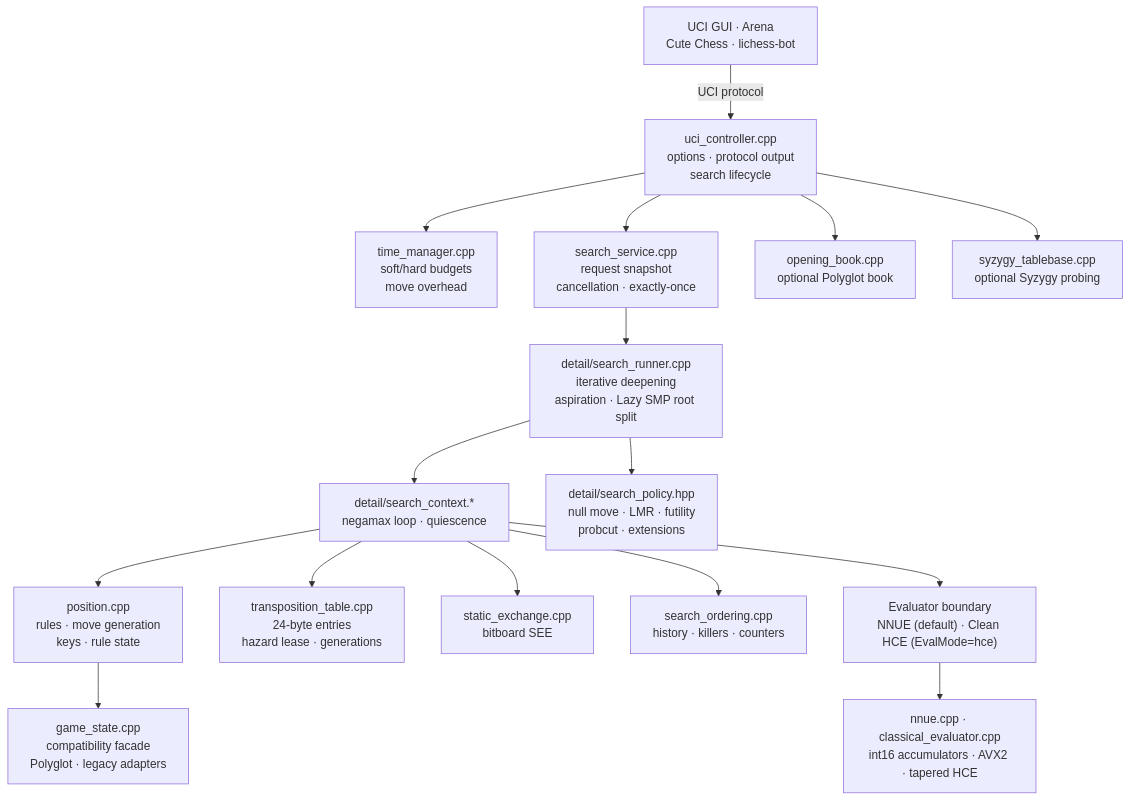
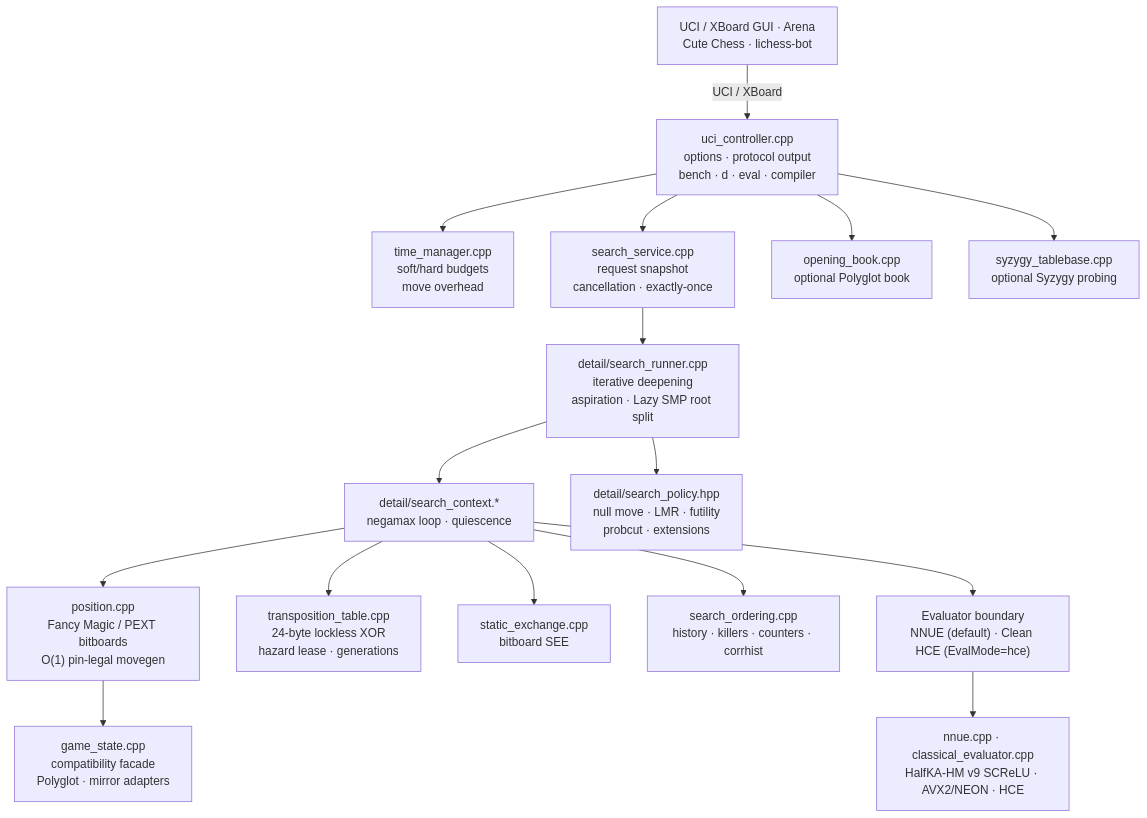
The diagram in docs/ARCHITECTURE.md (nhatquang1701/Koi), drawn with Mermaid before and after one commit. The commit also changed other lines of this file and 12 other files, not shown here.

Commit message:
docs: modernize README, Material site, Mermaid assets, and v9 specs

````diff
--- a/docs/ARCHITECTURE.md
+++ b/docs/ARCHITECTURE.md
@@ -7,19 +7,19 @@
 ```mermaid
 flowchart TD
-    GUI["UCI GUI · Arena<br/>Cute Chess · lichess-bot"] -- "UCI protocol" --> UCI
-    UCI["uci_controller.cpp<br/>options · protocol output<br/>search lifecycle"]
+    GUI["UCI / XBoard GUI · Arena<br/>Cute Chess · lichess-bot"] -- "UCI / XBoard" --> UCI
+    UCI["uci_controller.cpp<br/>options · protocol output<br/>bench · d · eval · compiler"]
     UCI --> TIME["time_manager.cpp<br/>soft/hard budgets<br/>move overhead"]
     UCI --> SERVICE["search_service.cpp<br/>request snapshot<br/>cancellation · exactly-once"]
     SERVICE --> RUNNER["detail/search_runner.cpp<br/>iterative deepening<br/>aspiration · Lazy SMP root split"]
     RUNNER --> CONTEXT["detail/search_context.*<br/>negamax loop · quiescence"]
     RUNNER --> POLICY["detail/search_policy.hpp<br/>null move · LMR · futility<br/>probcut · extensions"]
-    CONTEXT --> POSITION["position.cpp<br/>rules · move generation<br/>keys · rule state"]
-    POSITION --> STATE["game_state.cpp<br/>compatibility facade<br/>Polyglot · legacy adapters"]
-    CONTEXT --> TT["transposition_table.cpp<br/>24-byte entries<br/>hazard lease · generations"]
+    CONTEXT --> POSITION["position.cpp<br/>Fancy Magic / PEXT bitboards<br/>O(1) pin-legal movegen"]
+    POSITION --> STATE["game_state.cpp<br/>compatibility facade<br/>Polyglot · mirror adapters"]
+    CONTEXT --> TT["transposition_table.cpp<br/>24-byte lockless XOR<br/>hazard lease · generations"]
     CONTEXT --> SEE["static_exchange.cpp<br/>bitboard SEE"]
-    CONTEXT --> ORDER["search_ordering.cpp<br/>history · killers · counters"]
+    CONTEXT --> ORDER["search_ordering.cpp<br/>history · killers · counters · corrhist"]
     CONTEXT --> EVAL["Evaluator boundary<br/>NNUE (default) · Clean HCE (EvalMode=hce)"]
-    EVAL --> NNUE["nnue.cpp · classical_evaluator.cpp<br/>int16 accumulators · AVX2 · tapered HCE"]
+    EVAL --> NNUE["nnue.cpp · classical_evaluator.cpp<br/>HalfKA-HM v9 SCReLU · AVX2/NEON · HCE"]
     UCI --> BOOK["opening_book.cpp<br/>optional Polyglot book"]
     UCI --> TB["syzygy_tablebase.cpp<br/>optional Syzygy probing"]
 ```
````
